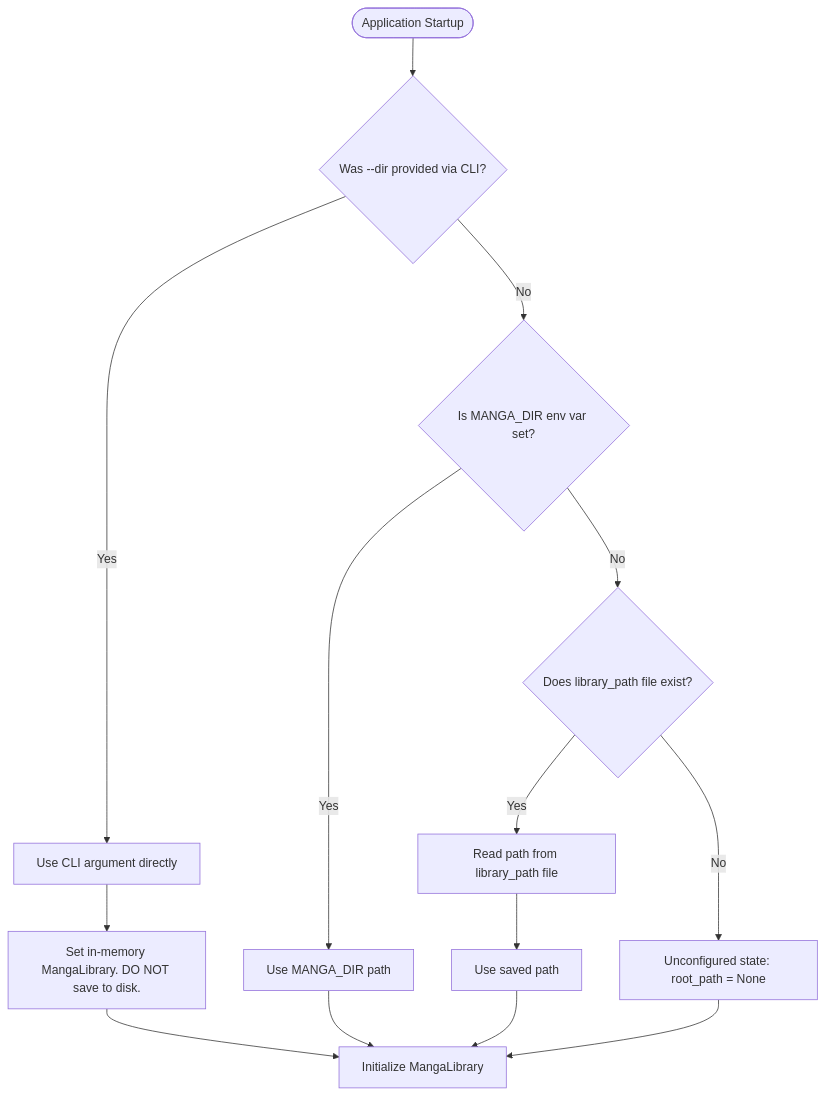
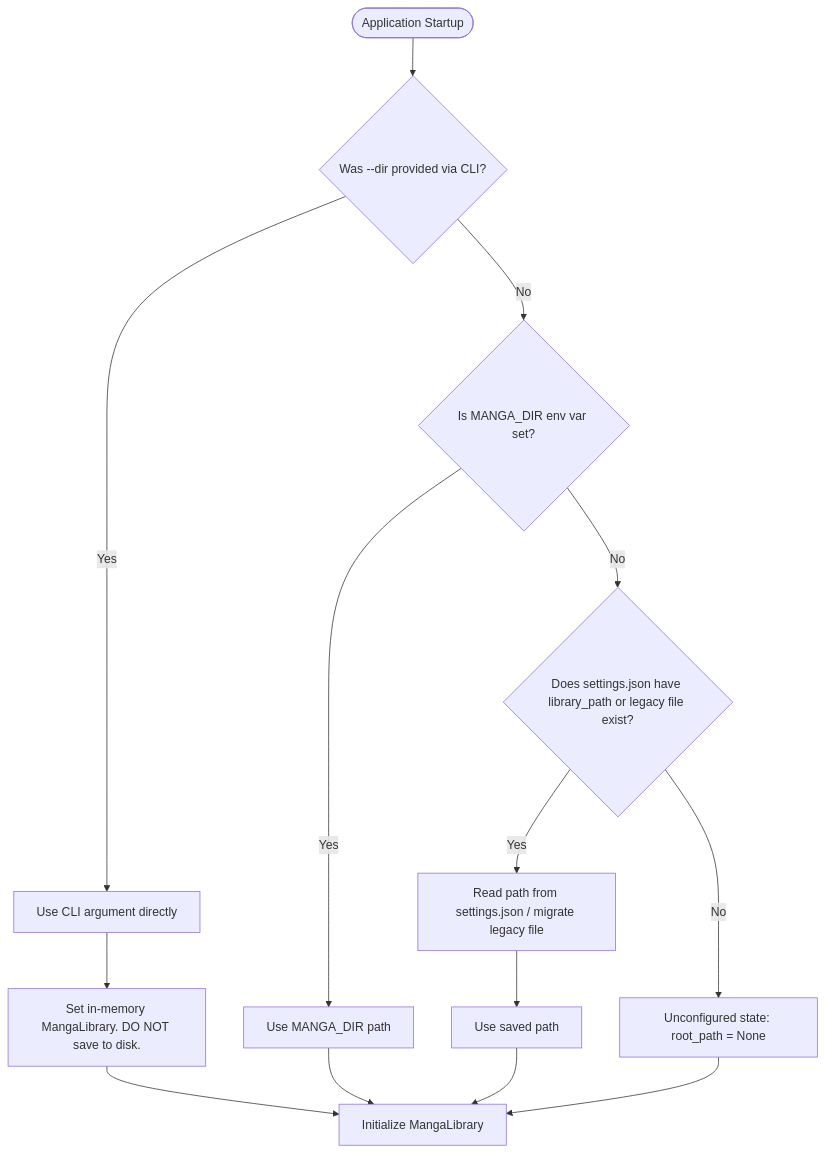
Before and after one commit to utkarrshgit/local-manga-reader: the diagram in PROJECT_CONTEXT.md, drawn with Mermaid. The commit also changed other lines of this file and 4 other files, not shown here.

Commit message:
refactor: consolidate library path into settings

````diff
--- a/PROJECT_CONTEXT.md
+++ b/PROJECT_CONTEXT.md
@@ -447,20 +447,20 @@
 ```mermaid
 flowchart TD
     Start([Application Startup]) --> ArgCheck{Was --dir provided via CLI?}
     ArgCheck -- Yes --> UseArg[Use CLI argument directly]
     UseArg --> MemoryOnly[Set in-memory MangaLibrary. DO NOT save to disk.]
     
     ArgCheck -- No --> EnvCheck{Is MANGA_DIR env var set?}
     EnvCheck -- Yes --> UseEnv[Use MANGA_DIR path]
     
-    EnvCheck -- No --> SavedCheck{Does library_path file exist?}
-    SavedCheck -- Yes --> ReadSaved[Read path from library_path file]
+    EnvCheck -- No --> SavedCheck{Does settings.json have library_path or legacy file exist?}
+    SavedCheck -- Yes --> ReadSaved[Read path from settings.json / migrate legacy file]
     ReadSaved --> UseSaved[Use saved path]
     
     SavedCheck -- No --> Unconfigured[Unconfigured state: root_path = None]
     
     UseSaved --> InitLib[Initialize MangaLibrary]
     UseEnv --> InitLib
     Unconfigured --> InitLib
     MemoryOnly --> InitLib
 ```
````
